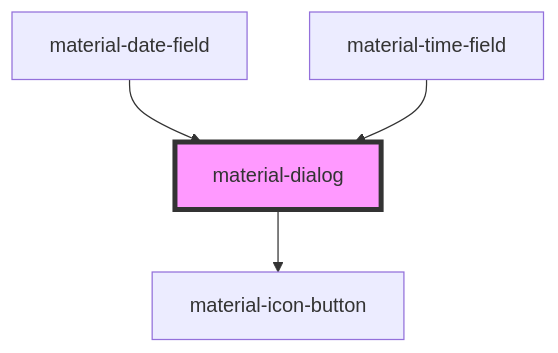
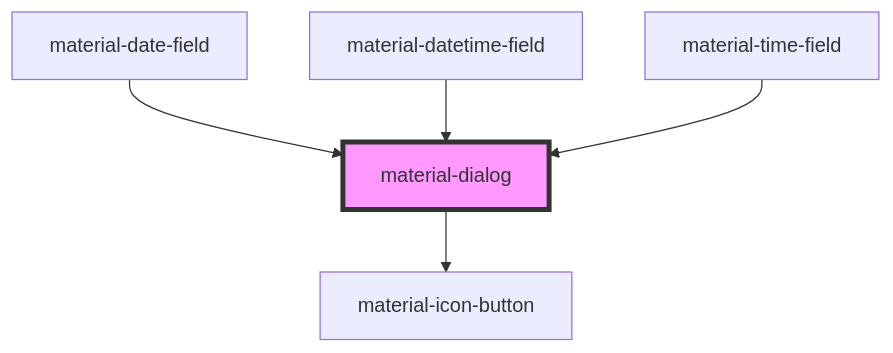
The diagram in src/components/material-dialog/readme.md (RobustaRush/material), drawn with Mermaid before and after one commit. The commit also changed other lines of this file and 12 other files, not shown here.

First line of the commit message:
feat: material-datetime-field

````diff
--- a/src/components/material-dialog/readme.md
+++ b/src/components/material-dialog/readme.md
@@ -79,7 +80,8 @@
 ```mermaid
 graph TD;
   material-dialog --> material-icon-button
   material-date-field --> material-dialog
+  material-datetime-field --> material-dialog
   material-time-field --> material-dialog
   style material-dialog fill:#f9f,stroke:#333,stroke-width:4px
 ```
````
